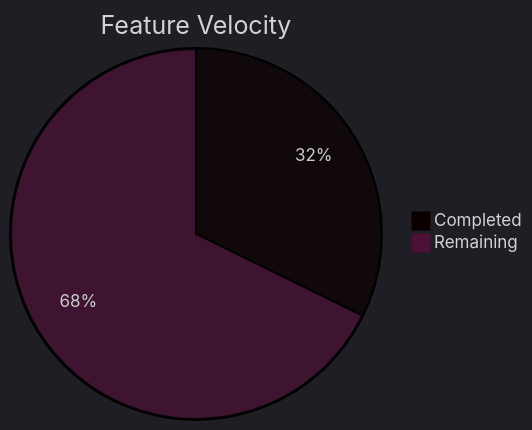
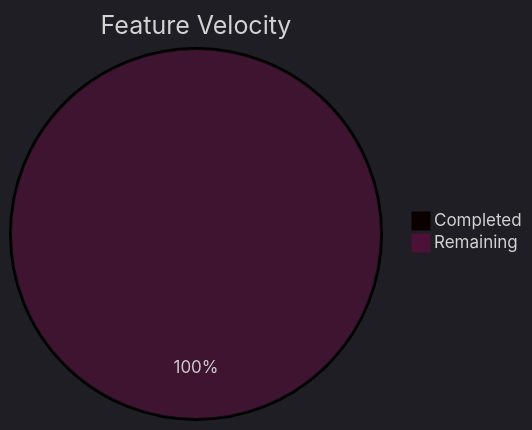
One commit to Neogleamz/SK8Lytz changed the fifth of 5 diagrams in tools/SK8Lytz_Bucket_List.md. Above: the diagram before and after it, drawn with Mermaid. The commit also changed other lines of this file, not shown here.

````diff
--- a/tools/SK8Lytz_Bucket_List.md
+++ b/tools/SK8Lytz_Bucket_List.md
@@ -79,6 +83,6 @@
 ```mermaid
 %%{init: {'theme': 'dark'}}%%
 pie title Feature Velocity
-  "Completed" : 10
-  "Remaining" : 21
+  "Completed" : 0
+  "Remaining" : 18
 ```
````
